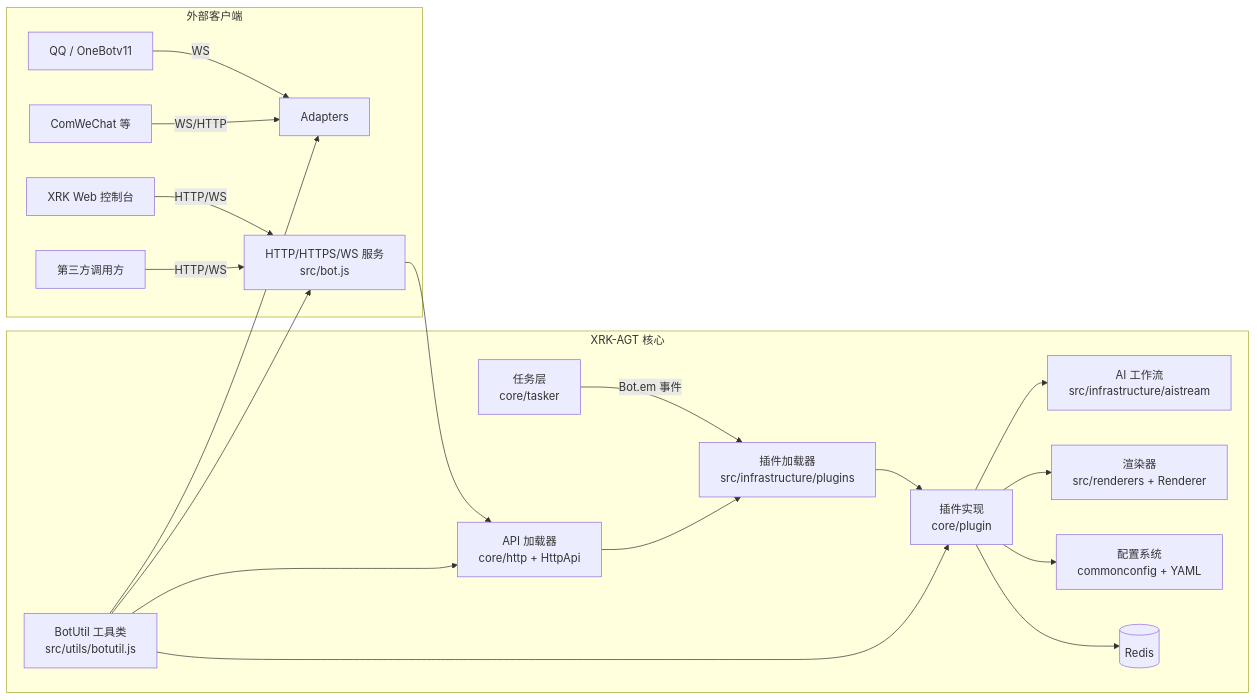
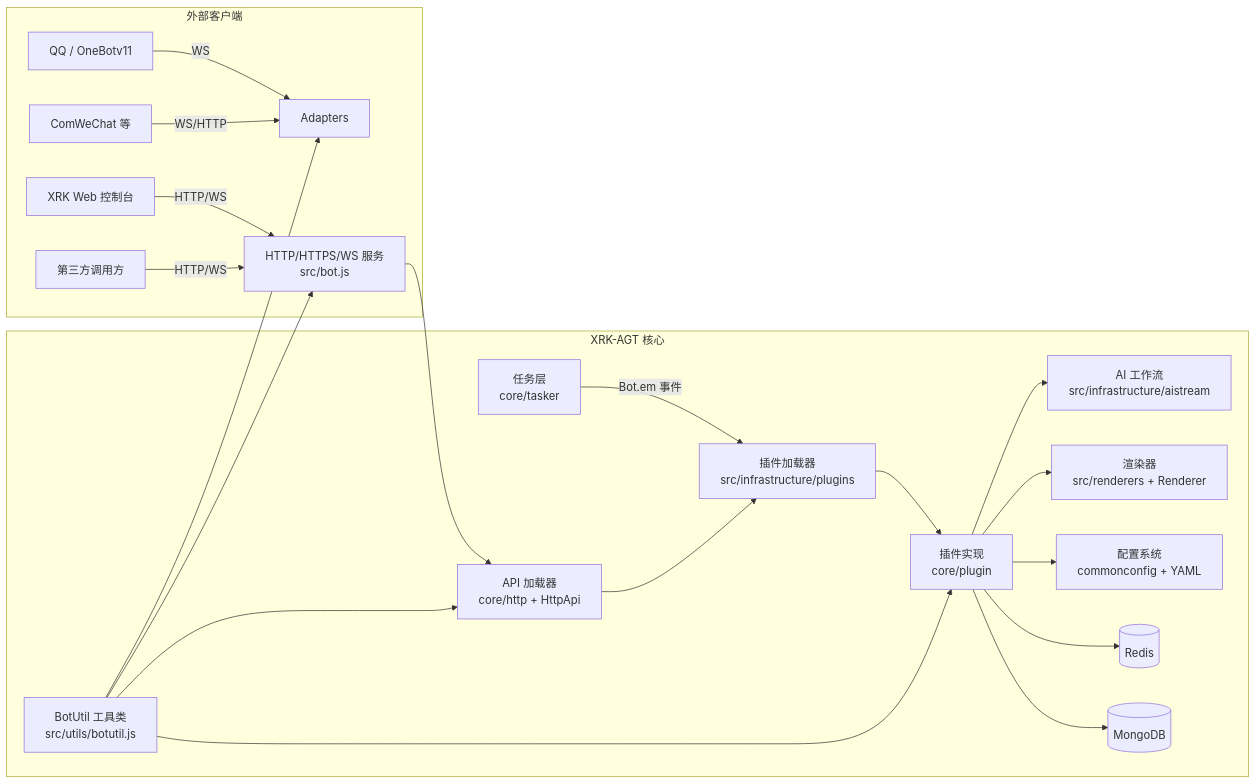
The diagram in README.md (sunflowermm/XRK-AGT), drawn with Mermaid before and after one commit. The commit also changed other lines of this file and 4 other files, not shown here.

````diff
--- a/README.md
+++ b/README.md
@@ -21,24 +21,25 @@
 ```mermaid
 flowchart LR
     subgraph Clients["外部客户端"]
       QQ["QQ / OneBotv11"] -->|WS| Adapters
       WeChat["ComWeChat 等"] -->|WS/HTTP| Adapters
       WebUI["XRK Web 控制台"] -->|HTTP/WS| Express
       ThirdAPI["第三方调用方"] -->|HTTP/WS| Express
     end
 
     subgraph Core["XRK-AGT 核心"]
       Taskers["任务层\ncore/tasker"] -->|Bot.em 事件| PluginsLoader
       Express["HTTP/HTTPS/WS 服务\nsrc/bot.js"] --> ApiLoader
       ApiLoader["API 加载器\ncore/http + HttpApi"] --> PluginsLoader
       PluginsLoader["插件加载器\nsrc/infrastructure/plugins"] --> Plugins["插件实现\ncore/plugin"]
       Plugins --> AIStream["AI 工作流\nsrc/infrastructure/aistream"]
       Plugins --> Renderer["渲染器\nsrc/renderers + Renderer"]
       Plugins --> Config["配置系统\ncommonconfig + YAML"]
       Plugins --> Redis[("Redis")]
+      Plugins --> MongoDB[("MongoDB")]
       BotUtil["BotUtil 工具类\nsrc/utils/botutil.js"] --> Plugins
       BotUtil --> Express
       BotUtil --> ApiLoader
       BotUtil --> Adapters
     end
 ```
````
